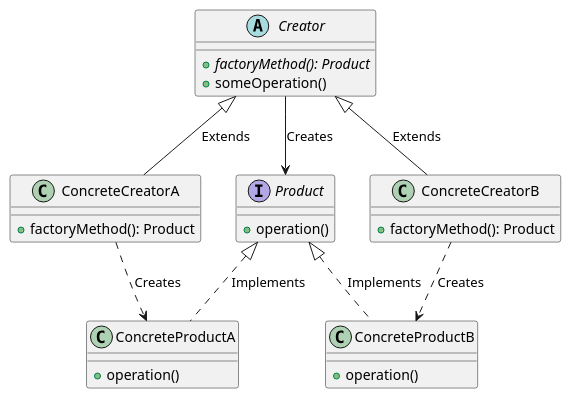
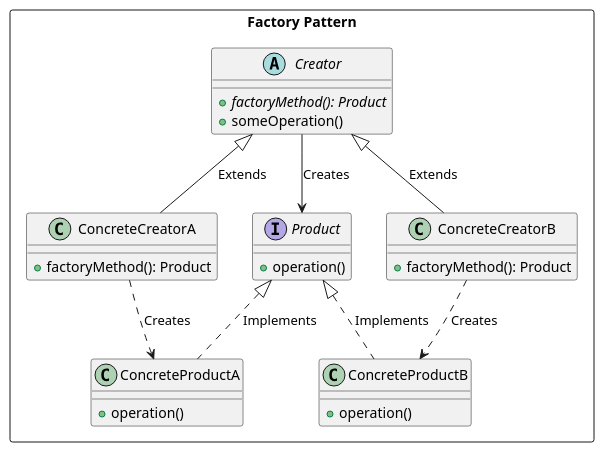
The diagram in factory/src/main/resources/factory-pattern.puml (imkulwant/design-patterns), drawn with PlantUML before and after one commit. The commit also changed 1 other file, not shown here.

```diff
--- a/factory/src/main/resources/factory-pattern.puml
+++ b/factory/src/main/resources/factory-pattern.puml
@@ -1,36 +1,38 @@
 @startuml
+rectangle "Factory Pattern" {
 
 interface Product {
     +operation()
 }
 
 class ConcreteProductA {
     +operation()
 }
 
 class ConcreteProductB {
     +operation()
 }
 
 abstract class Creator {
     +{abstract} factoryMethod(): Product
     +someOperation()
 }
 
 class ConcreteCreatorA {
     +factoryMethod(): Product
 }
 
 class ConcreteCreatorB {
     +factoryMethod(): Product
 }
 
 Product <|.. ConcreteProductA : Implements
 Product <|.. ConcreteProductB : Implements
 Creator <|-- ConcreteCreatorA : Extends
 Creator <|-- ConcreteCreatorB : Extends
 Creator --> Product : Creates
 ConcreteCreatorA ..> ConcreteProductA : Creates
 ConcreteCreatorB ..> ConcreteProductB : Creates
 
+}
 @enduml
```
